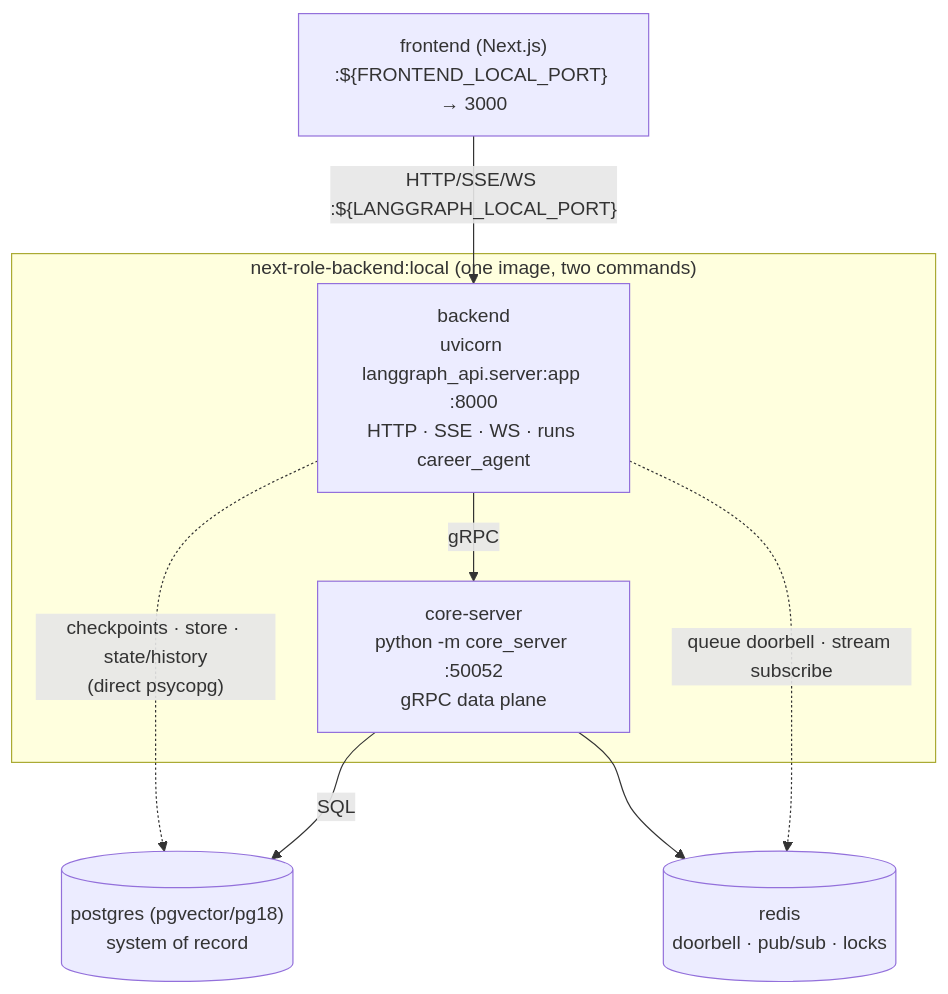
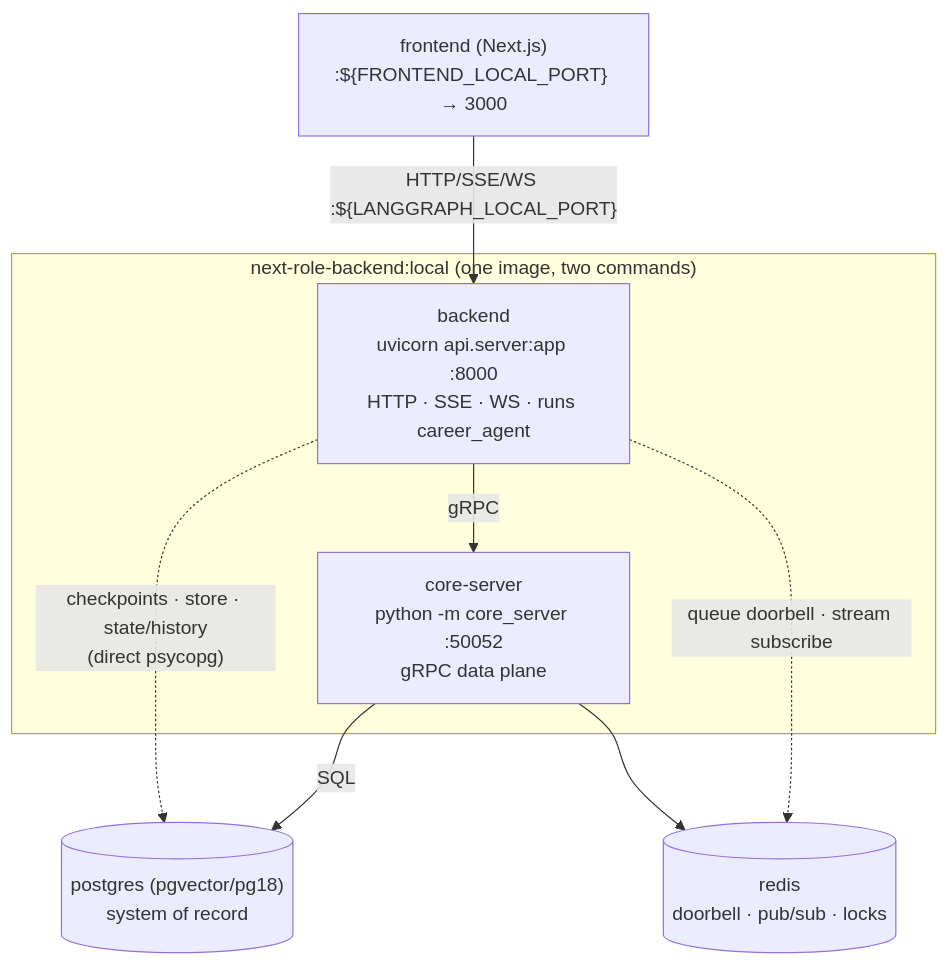
One commit to tam159/next-role changed the diagram in backend/ARCHITECTURE.md. Above: the diagram before and after it, drawn with Mermaid. The commit also changed other lines of this file and 4 other files, not shown here.

First line of the commit message:
docs: present the backend as the NextRole Agent Server

````diff
--- a/backend/ARCHITECTURE.md
+++ b/backend/ARCHITECTURE.md
@@ -42,16 +42,16 @@
 ```mermaid
 graph TB
     FE["frontend (Next.js)<br/>:${FRONTEND_LOCAL_PORT} → 3000"]
     subgraph image["next-role-backend:local (one image, two commands)"]
-        BE["backend<br/>uvicorn langgraph_api.server:app :8000<br/>HTTP · SSE · WS · runs career_agent"]
+        BE["backend<br/>uvicorn api.server:app :8000<br/>HTTP · SSE · WS · runs career_agent"]
         CS["core-server<br/>python -m core_server :50052<br/>gRPC data plane"]
     end
     PG[("postgres (pgvector/pg18)<br/>system of record")]
     RD[("redis<br/>doorbell · pub/sub · locks")]
     FE -->|"HTTP/SSE/WS :${LANGGRAPH_LOCAL_PORT}"| BE
     BE -->|gRPC| CS
     BE -. "checkpoints · store · state/history<br/>(direct psycopg)" .-> PG
     CS -->|SQL| PG
     CS --> RD
     BE -. "queue doorbell · stream subscribe" .-> RD
 ```
````
